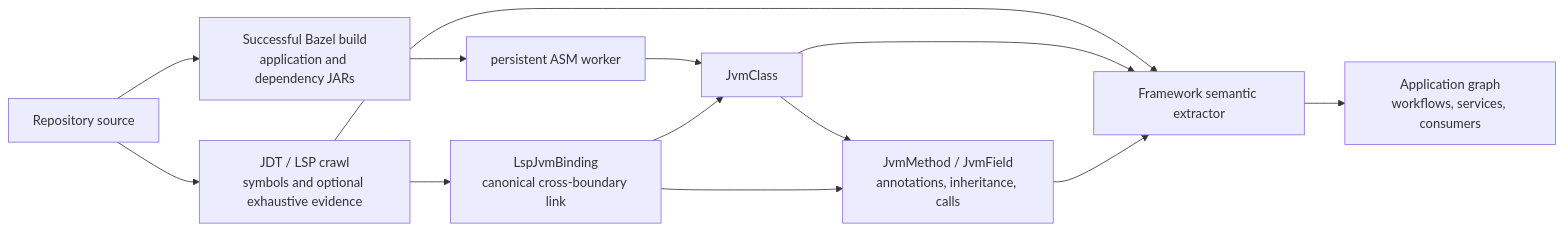
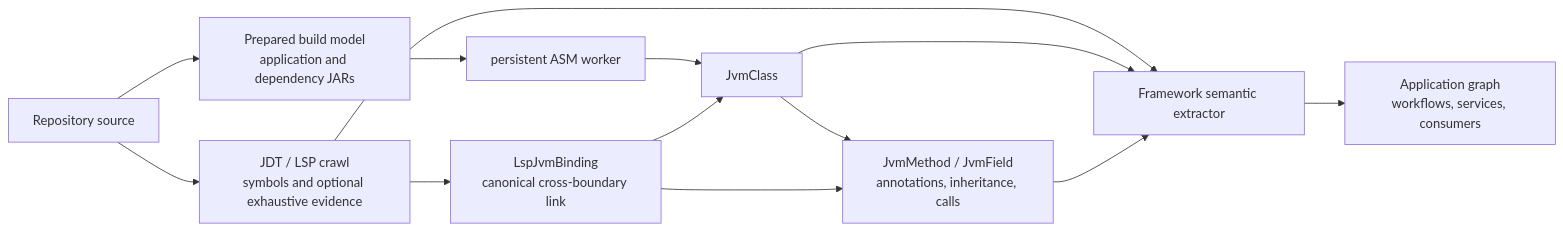
The diagram in indexer/README.md (excitedlybored/lsp_link), drawn with Mermaid before and after one commit. The commit also changed other lines of this file and 24 other files, not shown here.

````diff
--- a/indexer/README.md
+++ b/indexer/README.md
@@ -320,14 +350,14 @@
 ```mermaid
 flowchart LR
-  S["Repository source"] --> BZ["Successful Bazel build\napplication and dependency JARs"]
+  S["Repository source"] --> BZ["Prepared build model\napplication and dependency JARs"]
   S --> L["JDT / LSP crawl\nsymbols and optional exhaustive evidence"]
   L --> B["LspJvmBinding\ncanonical cross-boundary link"]
   BZ --> V["persistent ASM worker"]
   V --> C["JvmClass"] --> M["JvmMethod / JvmField\nannotations, inheritance, calls"]
   B --> C
   B --> M
   L --> F["Framework semantic extractor"]
   C --> F
   M --> F
   F --> G["Application graph\nworkflows, services, consumers"]
 ```
````
